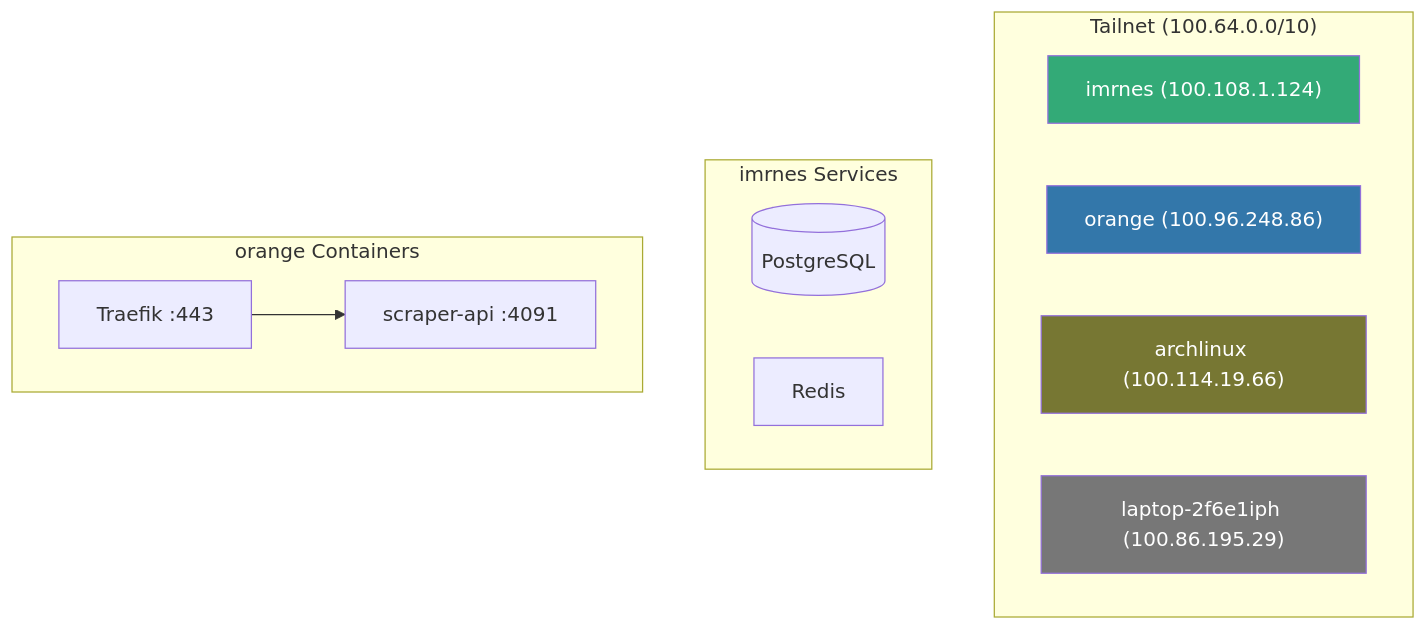
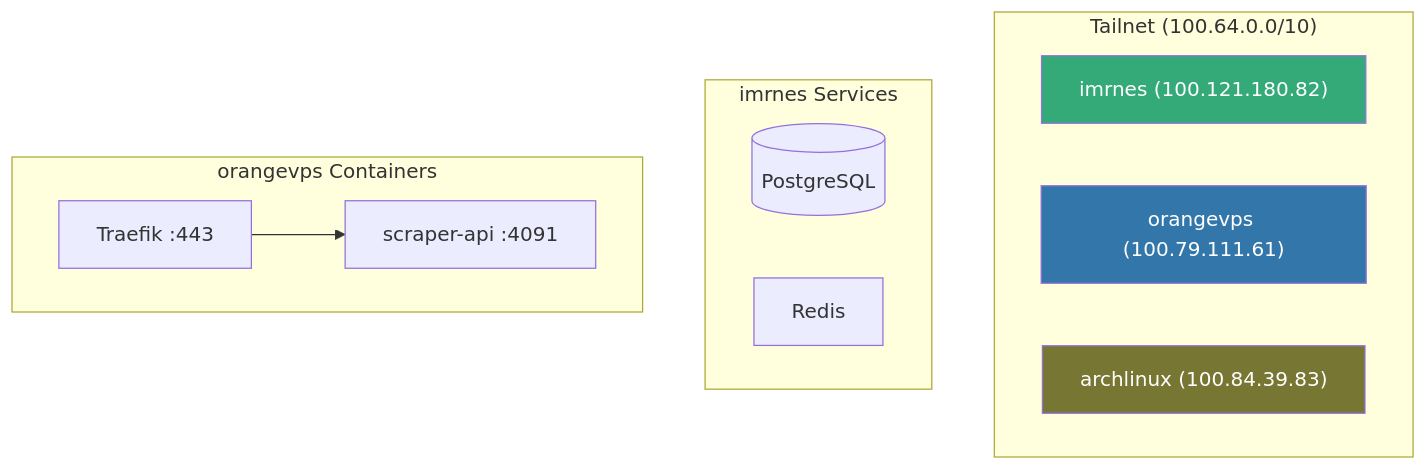
One commit to asepharyana/asepharyana-hub changed the first of 5 diagrams in ARCHITECTURE.md. Above: the diagram before and after it, drawn with Mermaid. The commit also changed other lines of this file and 2 other files, not shown here.

Commit message:
docs: update Tailscale IPs and node names to match live infrastructure
- ARCHITECTURE.md: orange → orangevps (100.79.111.61), update imrnes IP to 100.121.180.82, archlinux IP to 100.84.39.83, remove offline laptop node
- README.md: update VPS table, env examples, troubleshooting IPs
- CONTRIBUTING.md: fix VPS name and IP in deploy section

````diff
--- a/ARCHITECTURE.md
+++ b/ARCHITECTURE.md
@@ -87,26 +87,24 @@
 ```mermaid
 graph TB
     subgraph "Tailnet (100.64.0.0/10)"
-        IMRNES["imrnes (100.108.1.124)"]
-        ORANGE["orange (100.96.248.86)"]
-        ARCH["archlinux (100.114.19.66)"]
-        LAPTOP["laptop-2f6e1iph (100.86.195.29)"]
+        IMRNES["imrnes (100.121.180.82)"]
+        ORANGEVPS["orangevps (100.79.111.61)"]
+        ARCH["archlinux (100.84.39.83)"]
     end
 
     subgraph "imrnes Services"
         PG[(PostgreSQL)]
         REDIS[Redis]
     end
 
-    subgraph "orange Containers"
+    subgraph "orangevps Containers"
         TRAEFIK[Traefik :443]
         SCRAPER[scraper-api :4091]
     end
 
     TRAEFIK --> SCRAPER
 
     style IMRNES fill:#3a7,color:#fff
-    style ORANGE fill:#37a,color:#fff
+    style ORANGEVPS fill:#37a,color:#fff
     style ARCH fill:#773,color:#fff
-    style LAPTOP fill:#777,color:#fff
 ```
````
